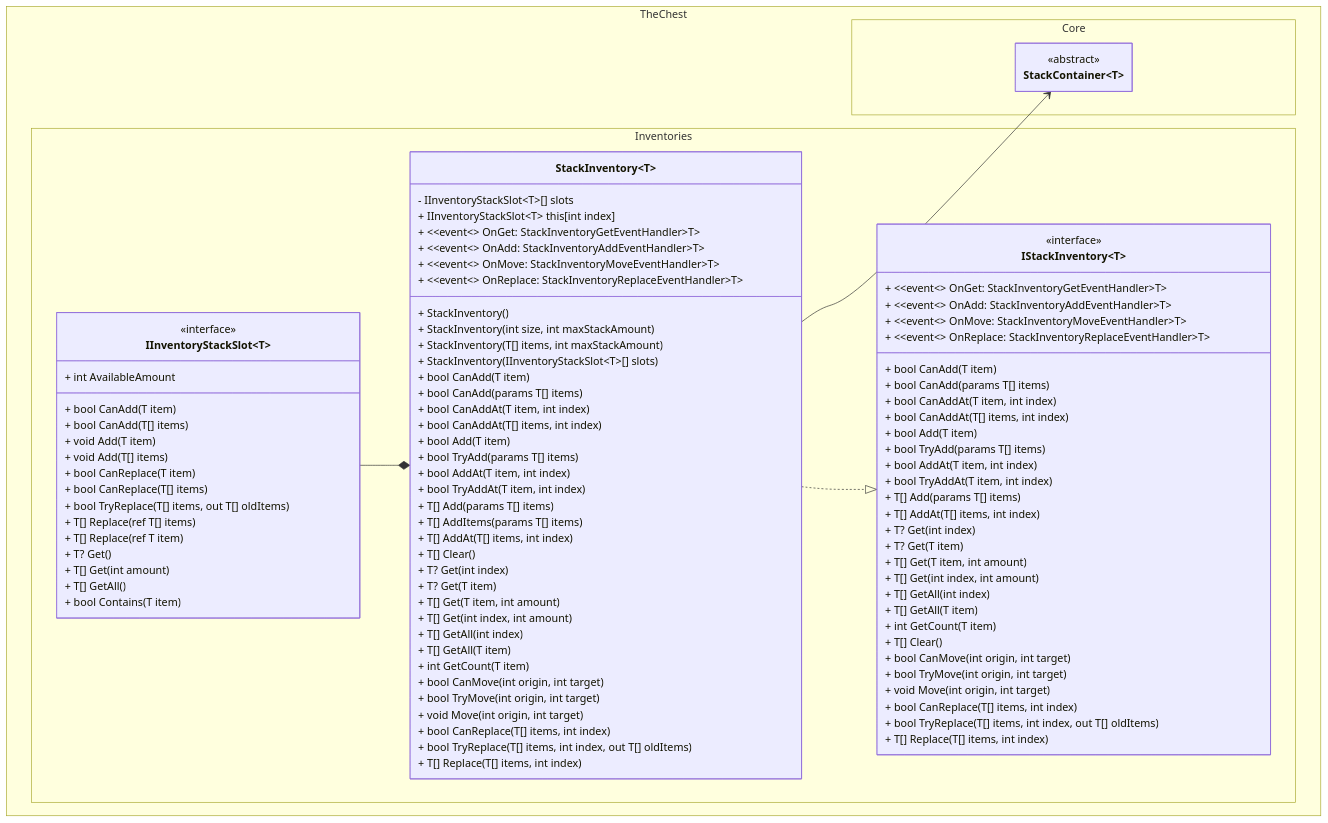
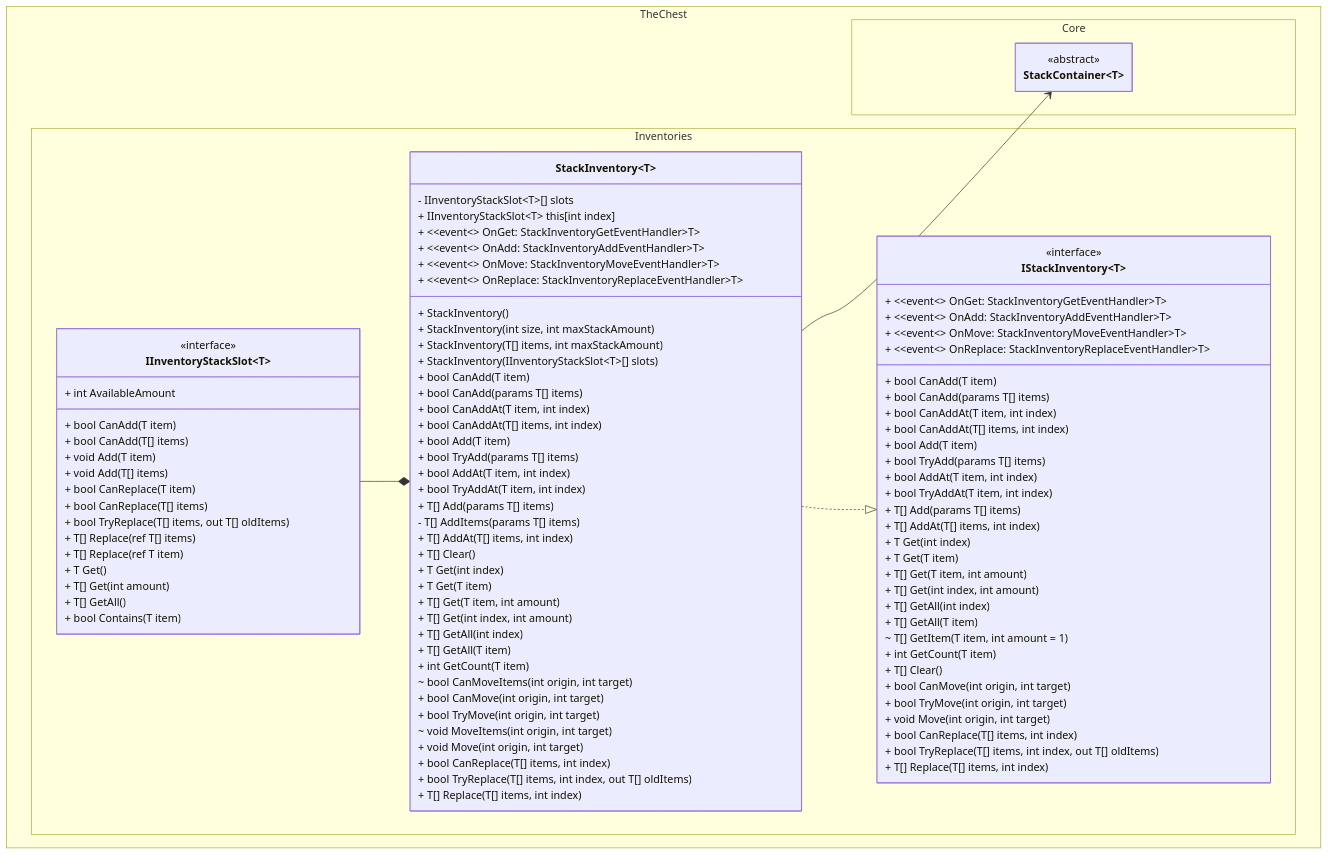
The first of 2 diagrams in docs/stack_inventory/class_diagram.md (The-Chest/TheChest.Inventories), drawn with Mermaid before and after one commit. The commit also changed 56 other files, not shown here.

```diff
--- a/docs/stack_inventory/class_diagram.md
+++ b/docs/stack_inventory/class_diagram.md
@@ -41,13 +41,13 @@
             + bool AddAt(T item, int index)
             + bool TryAddAt(T item, int index)
             + T[] Add(params T[] items)
-            + T[] AddItems(params T[] items)
+            - T[] AddItems(params T[] items)
             + T[] AddAt(T[] items, int index)
 
             + T[] Clear()
 
-            + T? Get(int index)
-            + T? Get(T item)
+            + T Get(int index)
+            + T Get(T item)
             + T[] Get(T item, int amount)
             + T[] Get(int index, int amount)
 
@@ -56,8 +56,11 @@
 
             + int GetCount(T item)
 
+            ~ bool CanMoveItems(int origin, int target)
             + bool CanMove(int origin, int target)
             + bool TryMove(int origin, int target)
+
+            ~ void MoveItems(int origin, int target)
             + void Move(int origin, int target)
 
             + bool CanReplace(T[] items, int index)
@@ -78,7 +81,7 @@
             + T[] Replace(ref T[] items)
             + T[] Replace(ref T item)
 
-            + T? Get()
+            + T Get()
             + T[] Get(int amount)
             + T[] GetAll()
 
@@ -102,13 +105,14 @@
             + T[] Add(params T[] items)
             + T[] AddAt(T[] items, int index)
 
-            + T? Get(int index)
-            + T? Get(T item)
+            + T Get(int index)
+            + T Get(T item)
             + T[] Get(T item, int amount)
             + T[] Get(int index, int amount)
             + T[] GetAll(int index)
             + T[] GetAll(T item)
-
+	        ~ T[] GetItem(T item, int amount = 1)
+            
             + int GetCount(T item)
 
             + T[] Clear()
```
